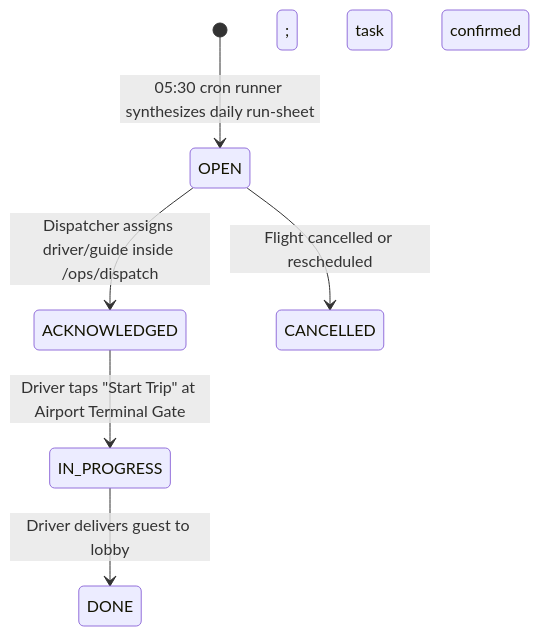
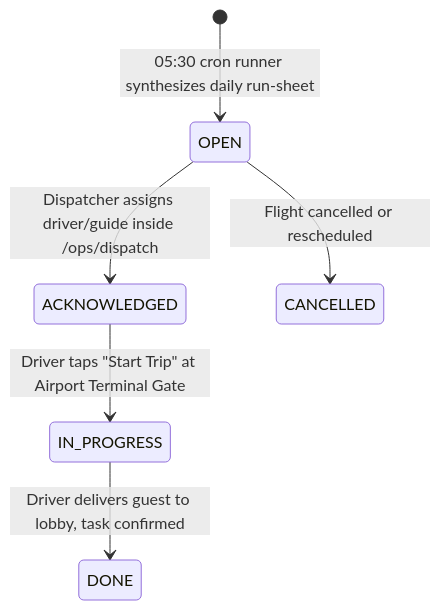
The eighth of 8 diagrams in README.md (LynnT-2003/yoonie-frontend), drawn with Mermaid before and after one commit. The commit also changed other lines of this file, not shown here.

Commit message:
fix(docs): escape semicolons in mermaid sequence and state diagrams for GitHub rendering

````diff
--- a/README.md
+++ b/README.md
@@ -347,8 +347,8 @@
 ```mermaid
 stateDiagram-v2
     [*] --> OPEN: 05:30 cron runner synthesizes daily run-sheet
     OPEN --> ACKNOWLEDGED: Dispatcher assigns driver/guide inside /ops/dispatch
     ACKNOWLEDGED --> IN_PROGRESS: Driver taps "Start Trip" at Airport Terminal Gate
-    IN_PROGRESS --> DONE: Driver delivers guest to lobby; task confirmed
+    IN_PROGRESS --> DONE: Driver delivers guest to lobby, task confirmed
     OPEN --> CANCELLED: Flight cancelled or rescheduled
 ```
````
